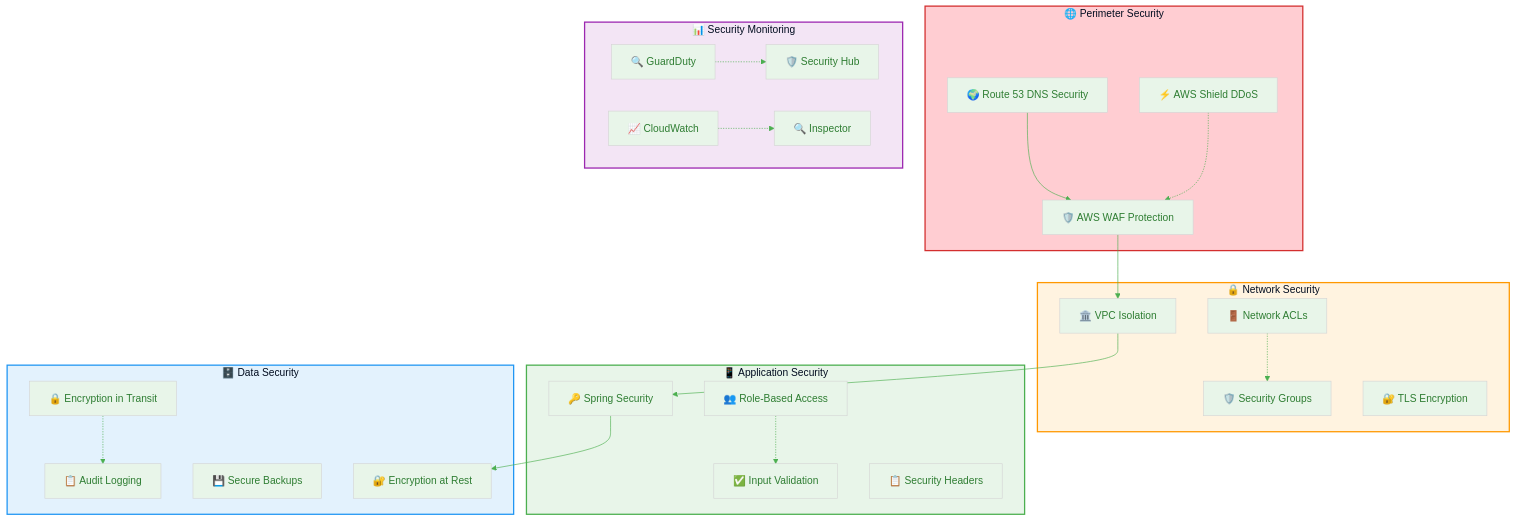
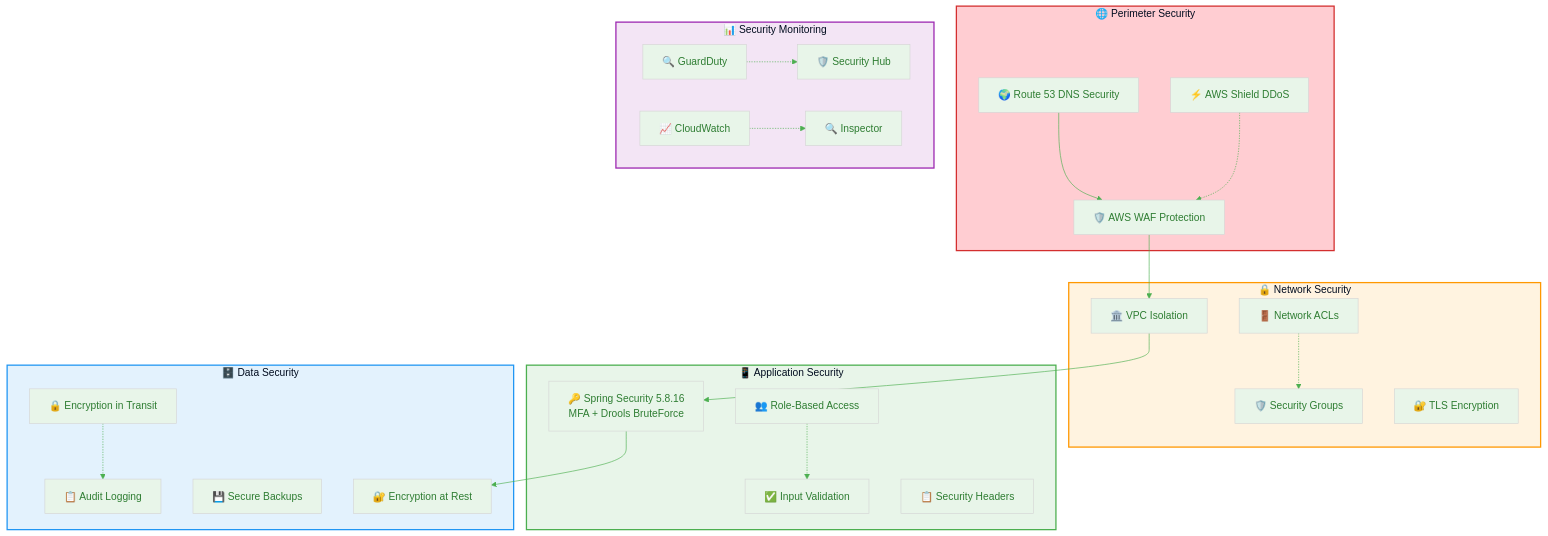
Before and after one commit to Hack23/cia: the fifth of 8 diagrams in THREAT_MODEL.md, drawn with Mermaid. The commit also changed other lines of this file and 12 other files, not shown here.

First line of the commit message:
docs: refresh 13 ISMS-required architecture, lifecycle and security documents to current state (#8578)

````diff
--- a/THREAT_MODEL.md
+++ b/THREAT_MODEL.md
@@ -463,67 +463,67 @@
 ```mermaid
 %%{
   init: {
     "theme": "base",
     "themeVariables": {
       "primaryColor": "#e8f5e9",
       "primaryTextColor": "#2e7d32",
       "lineColor": "#4caf50",
       "secondaryColor": "#e3f2fd",
       "tertiaryColor": "#fff3e0"
     }
   }
 }%%
 flowchart TB
     subgraph PERIMETER["🌐 Perimeter Security"]
         DNS[🌍 Route 53 DNS Security]
         WAF[🛡️ AWS WAF Protection]
         DDOS[⚡ AWS Shield DDoS]
     end
     
     subgraph NETWORK["🔒 Network Security"]
         VPC[🏛️ VPC Isolation]
         NACL[🚪 Network ACLs]
         SG[🛡️ Security Groups]
         TLS[🔐 TLS Encryption]
     end
     
     subgraph APPLICATION["📱 Application Security"]
-        AUTH[🔑 Spring Security]
+        AUTH[🔑 Spring Security 5.8.16<br/>MFA + Drools BruteForce]
         RBAC[👥 Role-Based Access]
         INPUT[✅ Input Validation]
         HEADERS[📋 Security Headers]
     end
     
     subgraph DATA["🗄️ Data Security"]
         ENCRYPT[🔐 Encryption at Rest]
         TRANSIT[🔒 Encryption in Transit]
         BACKUP[💾 Secure Backups]
         AUDIT[📋 Audit Logging]
     end
     
     subgraph MONITORING["📊 Security Monitoring"]
         GUARDDUTY[🔍 GuardDuty]
         SECURITYHUB[🛡️ Security Hub]
         CLOUDWATCH[📈 CloudWatch]
         INSPECTOR[🔍 Inspector]
     end
     
     DNS --> WAF
     WAF --> VPC
     VPC --> AUTH
     AUTH --> ENCRYPT
     
     DDOS -.-> WAF
     NACL -.-> SG
     RBAC -.-> INPUT
     TRANSIT -.-> AUDIT
     
     GUARDDUTY -.-> SECURITYHUB
     CLOUDWATCH -.-> INSPECTOR
     
     style PERIMETER fill:#ffcdd2,stroke:#d32f2f,stroke-width:2px
     style NETWORK fill:#fff3e0,stroke:#ff9800,stroke-width:2px
     style APPLICATION fill:#e8f5e9,stroke:#4caf50,stroke-width:2px
     style DATA fill:#e3f2fd,stroke:#2196f3,stroke-width:2px
     style MONITORING fill:#f3e5f5,stroke:#9c27b0,stroke-width:2px
 ```
````
